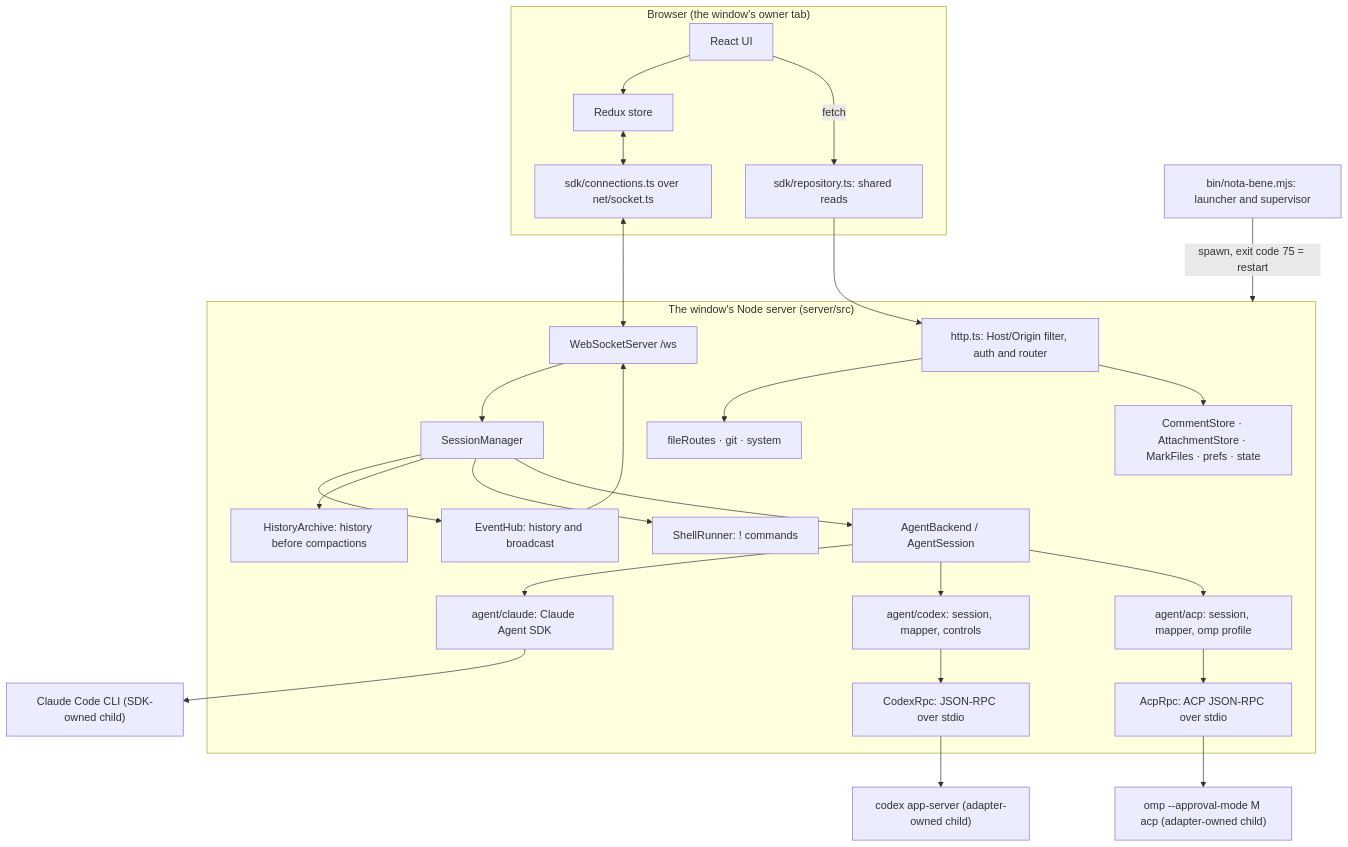
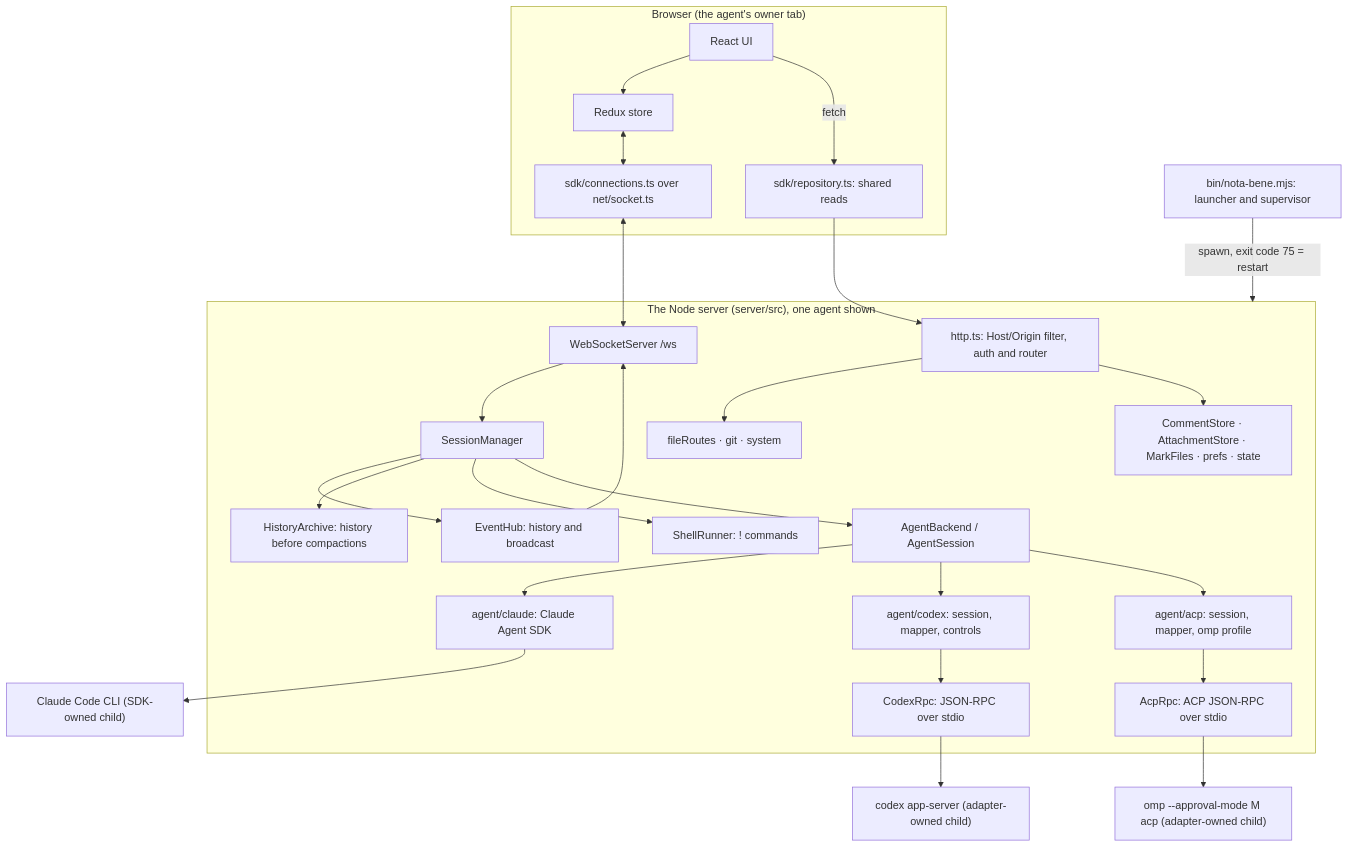
The first of 4 diagrams in docs/architecture.md (iCubeDm/nota-bene-ide), drawn with Mermaid before and after one commit. The commit also changed other lines of this file and 10 other files, not shown here.

````diff
--- a/docs/architecture.md
+++ b/docs/architecture.md
@@ -16,41 +16,41 @@
 ```mermaid
 flowchart TB
-  subgraph Browser["Browser (the window's owner tab)"]
+  subgraph Browser["Browser (the agent's owner tab)"]
     UI["React UI"] --> RS["Redux store"]
     RS <--> WSC["sdk/connections.ts over net/socket.ts"]
     UI -- fetch --> HTTPC["sdk/repository.ts: shared reads"]
   end
-  subgraph Server["The window's Node server (server/src)"]
+  subgraph Server["The Node server (server/src), one agent shown"]
     HTTP["http.ts: Host/Origin filter, auth and router"]
     WSS["WebSocketServer /ws"]
     HUB["EventHub: history and broadcast"]
     ARC["HistoryArchive: history before compactions"]
     SM["SessionManager"]
     SH["ShellRunner: ! commands"]
     STORES["CommentStore · AttachmentStore · MarkFiles · prefs · state"]
     FR["fileRoutes · git · system"]
     AB["AgentBackend / AgentSession"]
     SDK["agent/claude: Claude Agent SDK"]
     CX["agent/codex: session, mapper, controls"]
     RPC["CodexRpc: JSON-RPC over stdio"]
     ACP["agent/acp: session, mapper, omp profile"]
     ARPC["AcpRpc: ACP JSON-RPC over stdio"]
   end
   CLI["Claude Code CLI (SDK-owned child)"]
   CODEX["codex app-server (adapter-owned child)"]
   OMP["omp --approval-mode M acp (adapter-owned child)"]
   L["bin/nota-bene.mjs: launcher and supervisor"]
   WSC <--> WSS
   HTTPC --> HTTP
   WSS --> SM
   SM --> HUB --> WSS
   SM --> ARC
   SM --> SH
   SM --> AB
   AB --> SDK --> CLI
   AB --> CX --> RPC --> CODEX
   AB --> ACP --> ARPC --> OMP
   HTTP --> FR
   HTTP --> STORES
   L -- "spawn, exit code 75 = restart" --> Server
 ```
````
